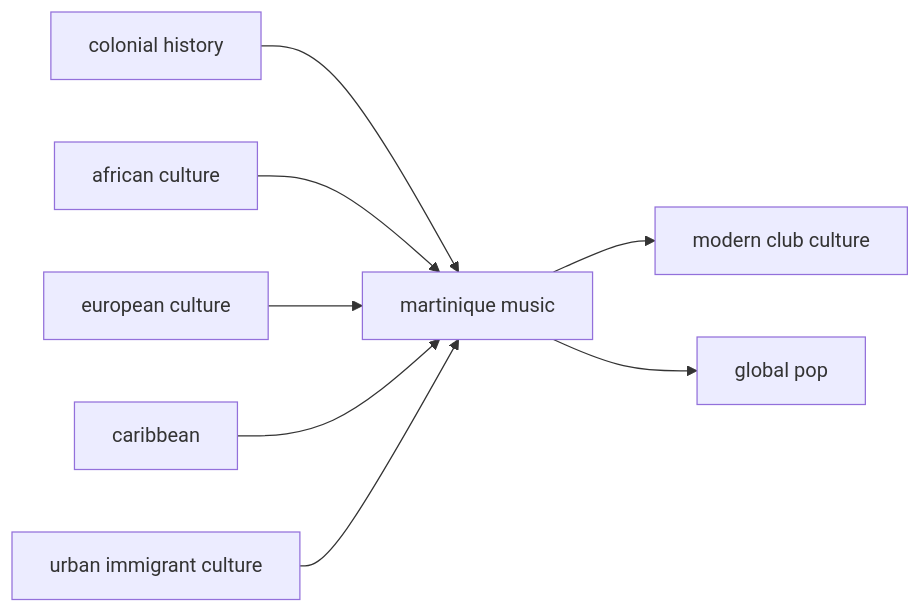
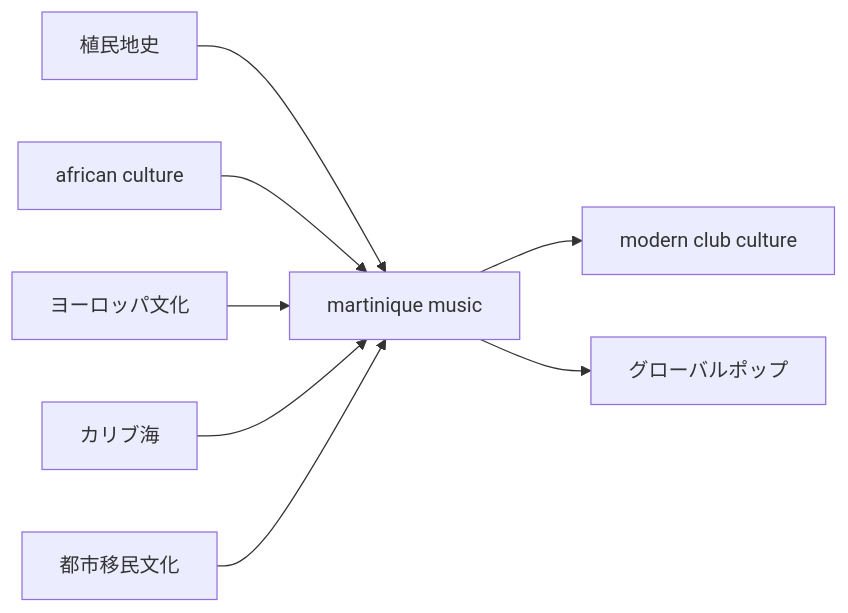
Before and after one commit to monumental-movement/monumental-movement.github.io: diagram 11 of 11 in en/_posts/2026-05-16-column-martinique.md, drawn with Mermaid. The commit also changed other lines of this file and 2196 other files, not shown here.

```diff
--- a/en/_posts/2026-05-16-column-martinique.md
+++ b/en/_posts/2026-05-16-column-martinique.md
@@ -477,15 +477,15 @@
 <div class="mermaid">
 flowchart LR
-A[colonial history]
+A[植民地史]
 B[african culture]
-C[european culture]
-D[caribbean]
-E[urban immigrant culture]
+C[ヨーロッパ文化]
+D[カリブ海]
+E[都市移民文化]
 A --> F[martinique music]
 B --> F
 C --> F
 D --> F
 E --> F
 F --> G[modern club culture]
-F --> H[global pop]
+F --> H[グローバルポップ]
 </div>
```
